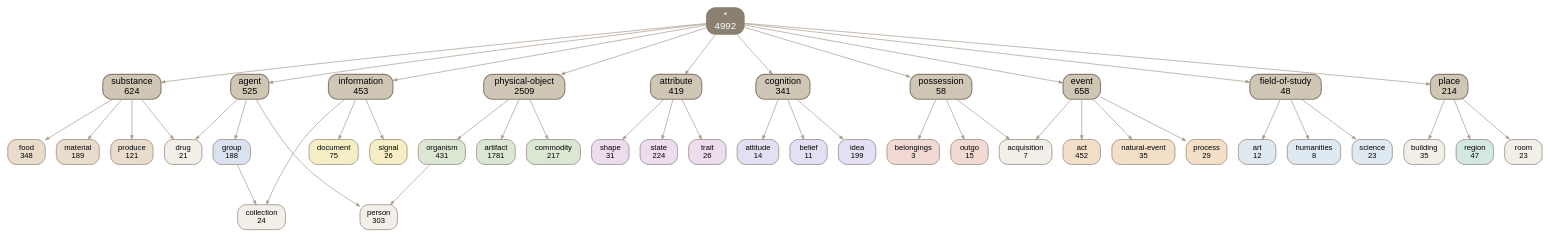
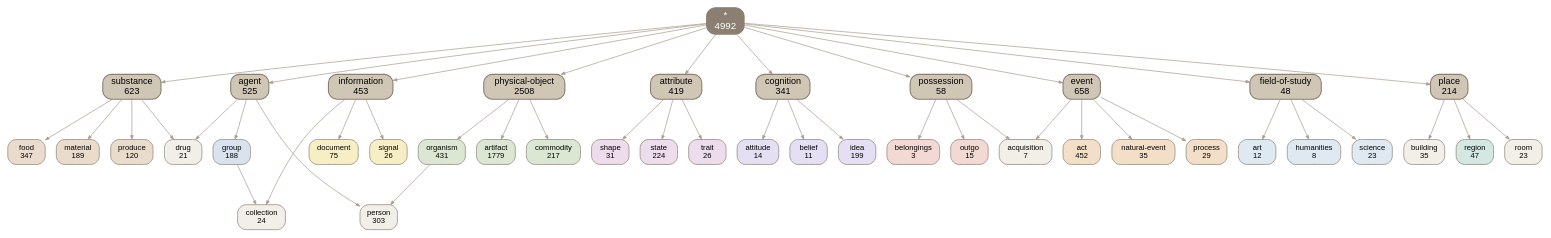
One commit to petfold/ontodag-core changed the diagram in docs/img/top.dot. Above: the diagram before and after it, drawn with Graphviz. The commit also changed 8 other files, not shown here.

```diff
--- a/docs/img/top.dot
+++ b/docs/img/top.dot
@@ -1,91 +1,91 @@
 digraph core {
   root="*"; rankdir=TB; ranksep=0.8; nodesep=0.22; splines=true; outputorder=edgesfirst;
   node [shape=box, style="rounded,filled", color="#8a7f70", fontname=Helvetica, fontsize=11];
   edge [color="#a89c8c", arrowsize=0.55];
   "*" [label="*\n4992" fillcolor="#8a7f70" fontcolor="white" fontsize=14 penwidth=1.6];
   "*" -> "agent";
   "*" -> "attribute";
   "*" -> "cognition";
   "*" -> "event";
   "*" -> "field-of-study";
   "*" -> "information";
   "*" -> "physical-object";
   "*" -> "place";
   "*" -> "possession";
   "*" -> "substance";
   "acquisition" [label="acquisition\n7" fillcolor="#f2efe9"];
   "act" [label="act\n452" fillcolor="#f3dfc8"];
   "agent" [label="agent\n525" fillcolor="#cfc6b6" fontsize=13 penwidth=1.6];
   "art" [label="art\n12" fillcolor="#dfe9f2"];
-  "artifact" [label="artifact\n1781" fillcolor="#dbe7d3"];
+  "artifact" [label="artifact\n1779" fillcolor="#dbe7d3"];
   "attitude" [label="attitude\n14" fillcolor="#e4dff2"];
   "attribute" [label="attribute\n419" fillcolor="#cfc6b6" fontsize=13 penwidth=1.6];
   "belief" [label="belief\n11" fillcolor="#e4dff2"];
   "belongings" [label="belongings\n3" fillcolor="#f2d9d3"];
   "building" [label="building\n35" fillcolor="#f2efe9"];
   "cognition" [label="cognition\n341" fillcolor="#cfc6b6" fontsize=13 penwidth=1.6];
   "collection" [label="collection\n24" fillcolor="#f2efe9"];
   "commodity" [label="commodity\n217" fillcolor="#dbe7d3"];
   "document" [label="document\n75" fillcolor="#f6efc5"];
   "drug" [label="drug\n21" fillcolor="#f2efe9"];
   "event" [label="event\n658" fillcolor="#cfc6b6" fontsize=13 penwidth=1.6];
   "field-of-study" [label="field-of-study\n48" fillcolor="#cfc6b6" fontsize=13 penwidth=1.6];
-  "food" [label="food\n348" fillcolor="#e9dccd"];
+  "food" [label="food\n347" fillcolor="#e9dccd"];
   "group" [label="group\n188" fillcolor="#d9e3ef"];
   "humanities" [label="humanities\n8" fillcolor="#dfe9f2"];
   "idea" [label="idea\n199" fillcolor="#e4dff2"];
   "information" [label="information\n453" fillcolor="#cfc6b6" fontsize=13 penwidth=1.6];
   "material" [label="material\n189" fillcolor="#e9dccd"];
   "natural-event" [label="natural-event\n35" fillcolor="#f3dfc8"];
   "organism" [label="organism\n431" fillcolor="#dbe7d3"];
   "outgo" [label="outgo\n15" fillcolor="#f2d9d3"];
   "person" [label="person\n303" fillcolor="#f2efe9"];
-  "physical-object" [label="physical-object\n2509" fillcolor="#cfc6b6" fontsize=13 penwidth=1.6];
+  "physical-object" [label="physical-object\n2508" fillcolor="#cfc6b6" fontsize=13 penwidth=1.6];
   "place" [label="place\n214" fillcolor="#cfc6b6" fontsize=13 penwidth=1.6];
   "possession" [label="possession\n58" fillcolor="#cfc6b6" fontsize=13 penwidth=1.6];
   "process" [label="process\n29" fillcolor="#f3dfc8"];
-  "produce" [label="produce\n121" fillcolor="#e9dccd"];
+  "produce" [label="produce\n120" fillcolor="#e9dccd"];
   "region" [label="region\n47" fillcolor="#d3e7e3"];
   "room" [label="room\n23" fillcolor="#f2efe9"];
   "science" [label="science\n23" fillcolor="#dfe9f2"];
   "shape" [label="shape\n31" fillcolor="#ecdcec"];
   "signal" [label="signal\n26" fillcolor="#f6efc5"];
   "state" [label="state\n224" fillcolor="#ecdcec"];
-  "substance" [label="substance\n624" fillcolor="#cfc6b6" fontsize=13 penwidth=1.6];
+  "substance" [label="substance\n623" fillcolor="#cfc6b6" fontsize=13 penwidth=1.6];
   "trait" [label="trait\n26" fillcolor="#ecdcec"];
   { rank=same; "agent" "attribute" "cognition" "event" "field-of-study" "information" "physical-object" "place" "possession" "substance" }
+  "cognition" -> "attitude";
+  "field-of-study" -> "science";
+  "cognition" -> "belief";
+  "substance" -> "food";
+  "group" -> "collection";
+  "information" -> "collection";
+  "physical-object" -> "artifact";
+  "information" -> "signal";
+  "possession" -> "outgo";
+  "agent" -> "group";
+  "information" -> "document";
+  "cognition" -> "idea";
+  "place" -> "building";
   "attribute" -> "trait";
+  "agent" -> "drug";
+  "substance" -> "drug";
+  "field-of-study" -> "humanities";
   "agent" -> "person";
   "organism" -> "person";
   "place" -> "region";
-  "agent" -> "drug";
-  "substance" -> "drug";
-  "cognition" -> "belief";
-  "possession" -> "belongings";
-  "information" -> "signal";
-  "information" -> "document";
-  "event" -> "natural-event";
-  "group" -> "collection";
-  "information" -> "collection";
+  "place" -> "room";
+  "field-of-study" -> "art";
+  "substance" -> "produce";
+  "attribute" -> "shape";
   "event" -> "act";
   "attribute" -> "state";
   "event" -> "acquisition";
   "possession" -> "acquisition";
-  "cognition" -> "attitude";
-  "field-of-study" -> "art";
-  "possession" -> "outgo";
-  "place" -> "building";
-  "substance" -> "food";
-  "place" -> "room";
+  "physical-object" -> "organism";
+  "possession" -> "belongings";
+  "physical-object" -> "commodity";
   "event" -> "process";
-  "substance" -> "produce";
-  "physical-object" -> "artifact";
-  "agent" -> "group";
-  "physical-object" -> "organism";
-  "attribute" -> "shape";
-  "cognition" -> "idea";
   "substance" -> "material";
-  "field-of-study" -> "science";
-  "field-of-study" -> "humanities";
-  "physical-object" -> "commodity";
+  "event" -> "natural-event";
 }
```
